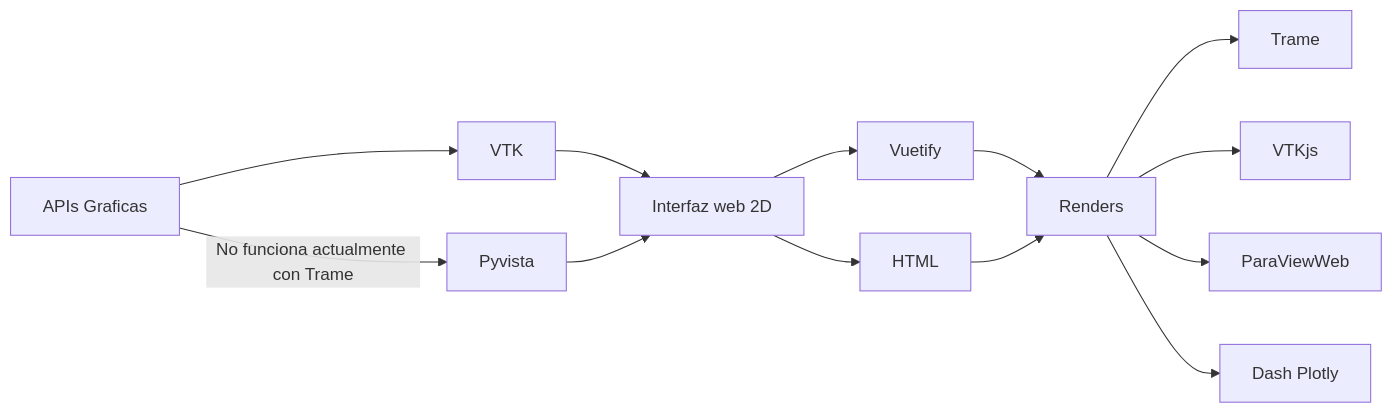
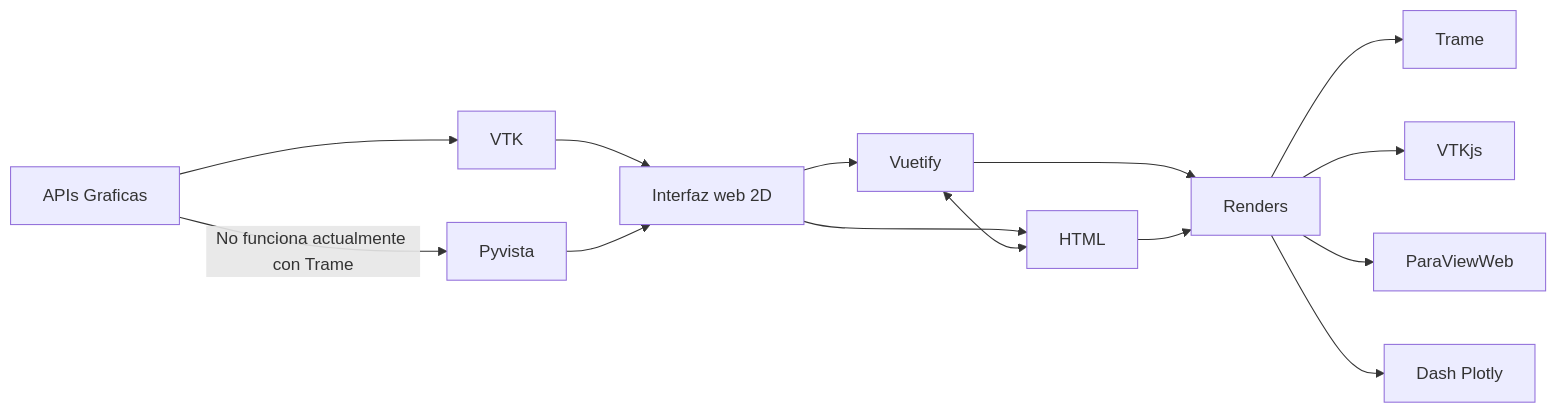
Before and after one commit to oscarBarEs/myTFG: the diagram in stateOftheArt/Readme.md, drawn with Mermaid.

Commit message:
Added new arrow

````diff
--- a/stateOftheArt/Readme.md
+++ b/stateOftheArt/Readme.md
@@ -9,15 +9,16 @@
 ```mermaid
 graph LR
 A[APIs Graficas] --> B[VTK]
 A -- No funciona actualmente con Trame --> C[Pyvista]
 B --> D[Interfaz web 2D]
 C --> D
 D --> E[Vuetify]
 D --> F[HTML]
+E <--> F
 E --> G[Renders]
 F --> G
 G --> H[Trame]
 G --> I[VTKjs]
 G --> J[ParaViewWeb]
 G --> K[Dash Plotly]
 ```
````
